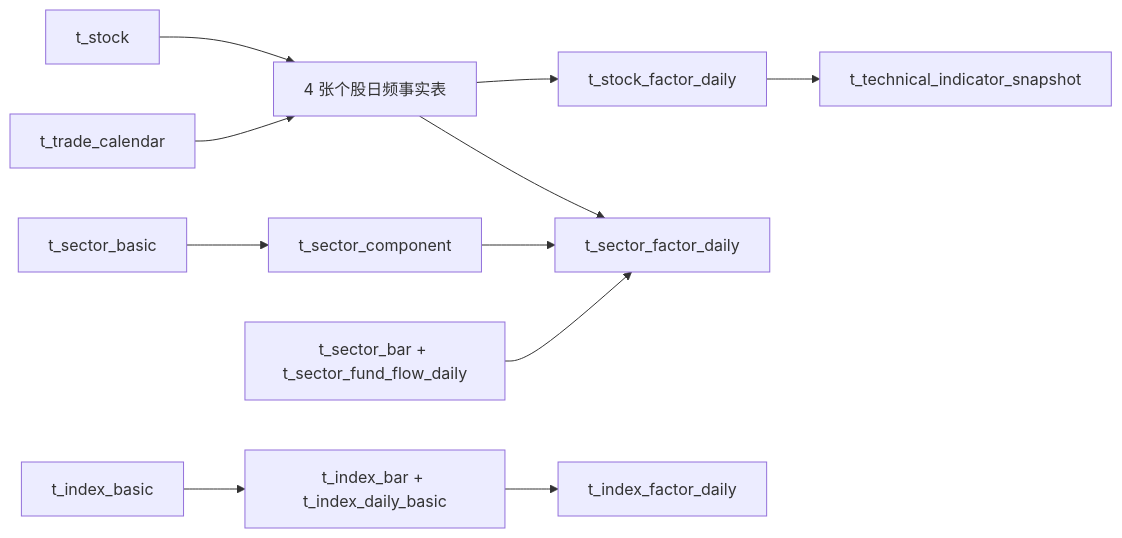
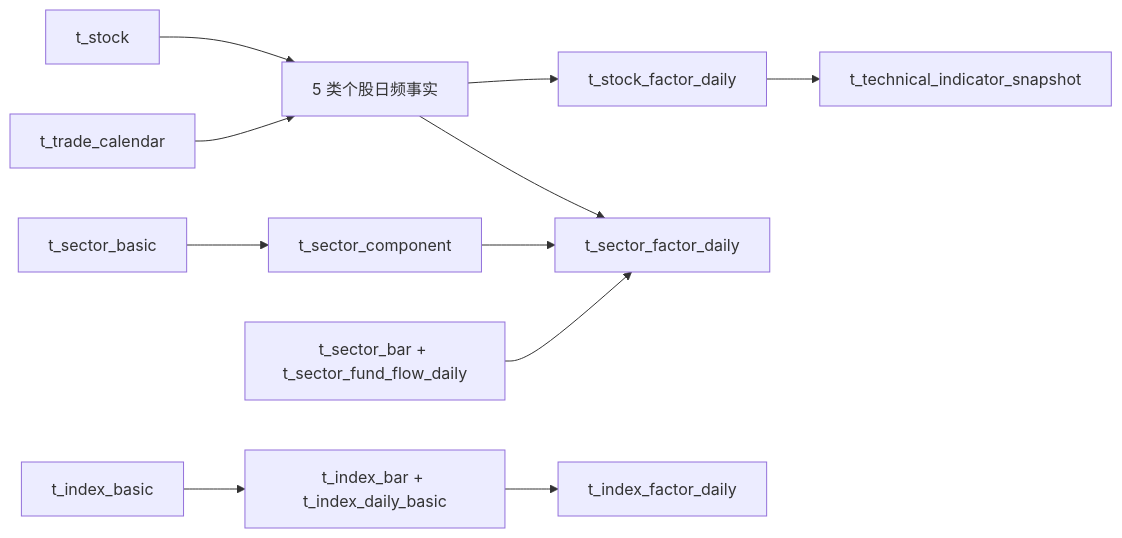
Before and after one commit to code-zhang-zhihao/stock--center: the diagram in docs/wiki/20-核心流程/历史数据资产初始化.md, drawn with Mermaid. The commit also changed other lines of this file and 19 other files, not shown here.

````diff
--- a/docs/wiki/20-核心流程/历史数据资产初始化.md
+++ b/docs/wiki/20-核心流程/历史数据资产初始化.md
@@ -59,13 +59,13 @@
 ```mermaid
 flowchart LR
-    S["t_stock"] --> SD["4 张个股日频事实表"]
+    S["t_stock"] --> SD["5 类个股日频事实"]
     C["t_trade_calendar"] --> SD
     SD --> SF["t_stock_factor_daily"]
     SF --> SS["t_technical_indicator_snapshot"]
     SB["t_sector_basic"] --> SC["t_sector_component"]
     SC --> SEF["t_sector_factor_daily"]
     SD --> SEF
     SE["t_sector_bar + t_sector_fund_flow_daily"] --> SEF
     IB["t_index_basic"] --> IF["t_index_bar + t_index_daily_basic"]
     IF --> IDF["t_index_factor_daily"]
 ```
````
